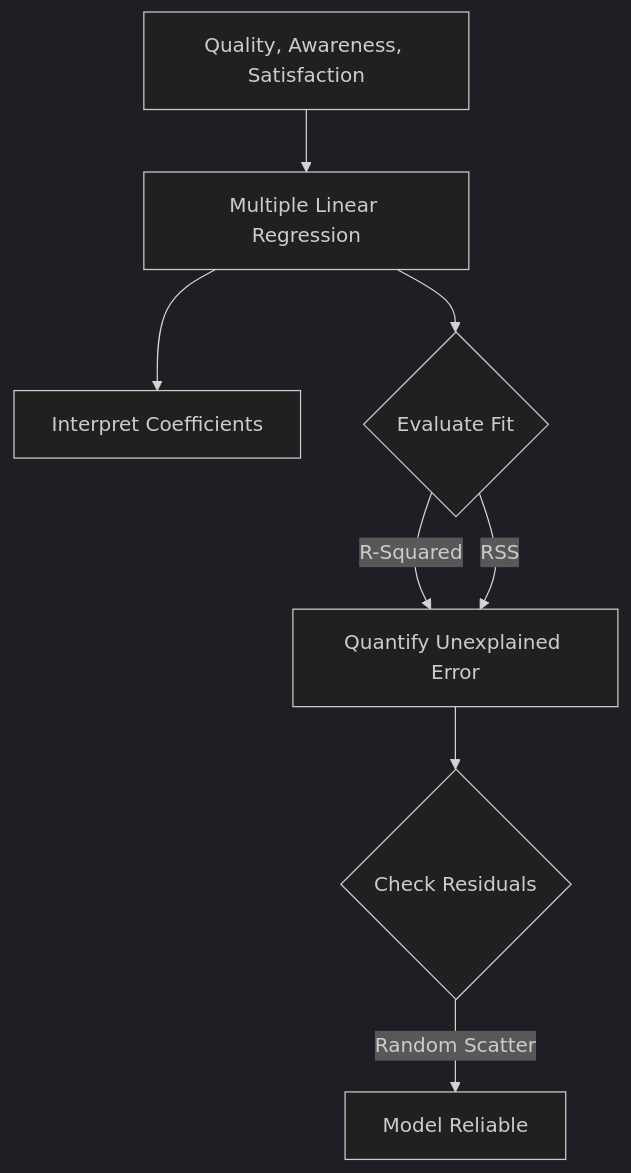
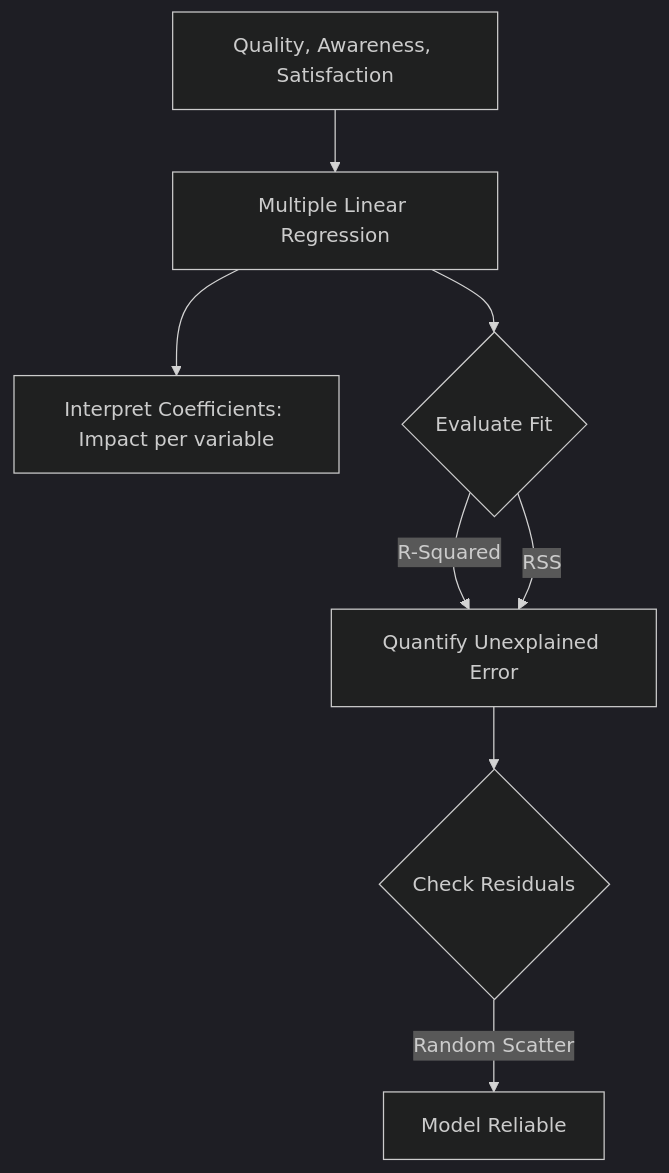
Before and after one commit to susanavenda/data_cambridge: the ninth of 12 diagrams in README.md, drawn with Mermaid (dark theme). The commit also changed other lines of this file, not shown here.

````diff
--- a/README.md
+++ b/README.md
@@ -187,11 +182,11 @@
 ```mermaid
 graph TD
     Features[Quality, Awareness, Satisfaction] --> Model[Multiple Linear Regression]
-    Model --> Coeff[Interpret Coefficients]
+    Model --> Coeff[Interpret Coefficients: Impact per variable]
     Model --> Fit{Evaluate Fit}
     Fit -- "R-Squared" --> Stats[Explain % of Variance]
     Fit -- "RSS" --> Stats[Quantify Unexplained Error]
     Stats --> Assumptions{Check Residuals}
     Assumptions -- "Random Scatter" --> Valid[Model Reliable]
 
 ```
````
